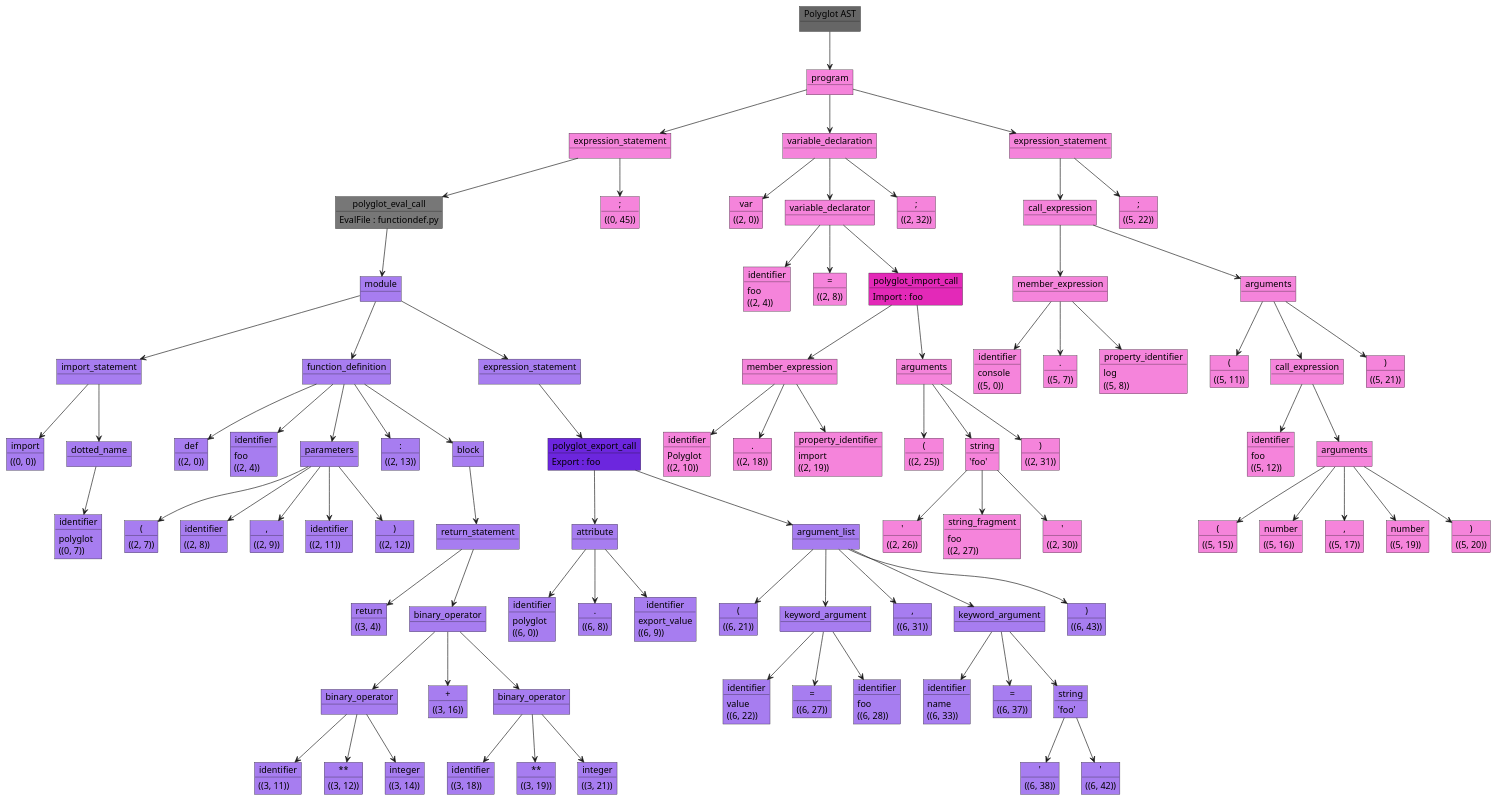
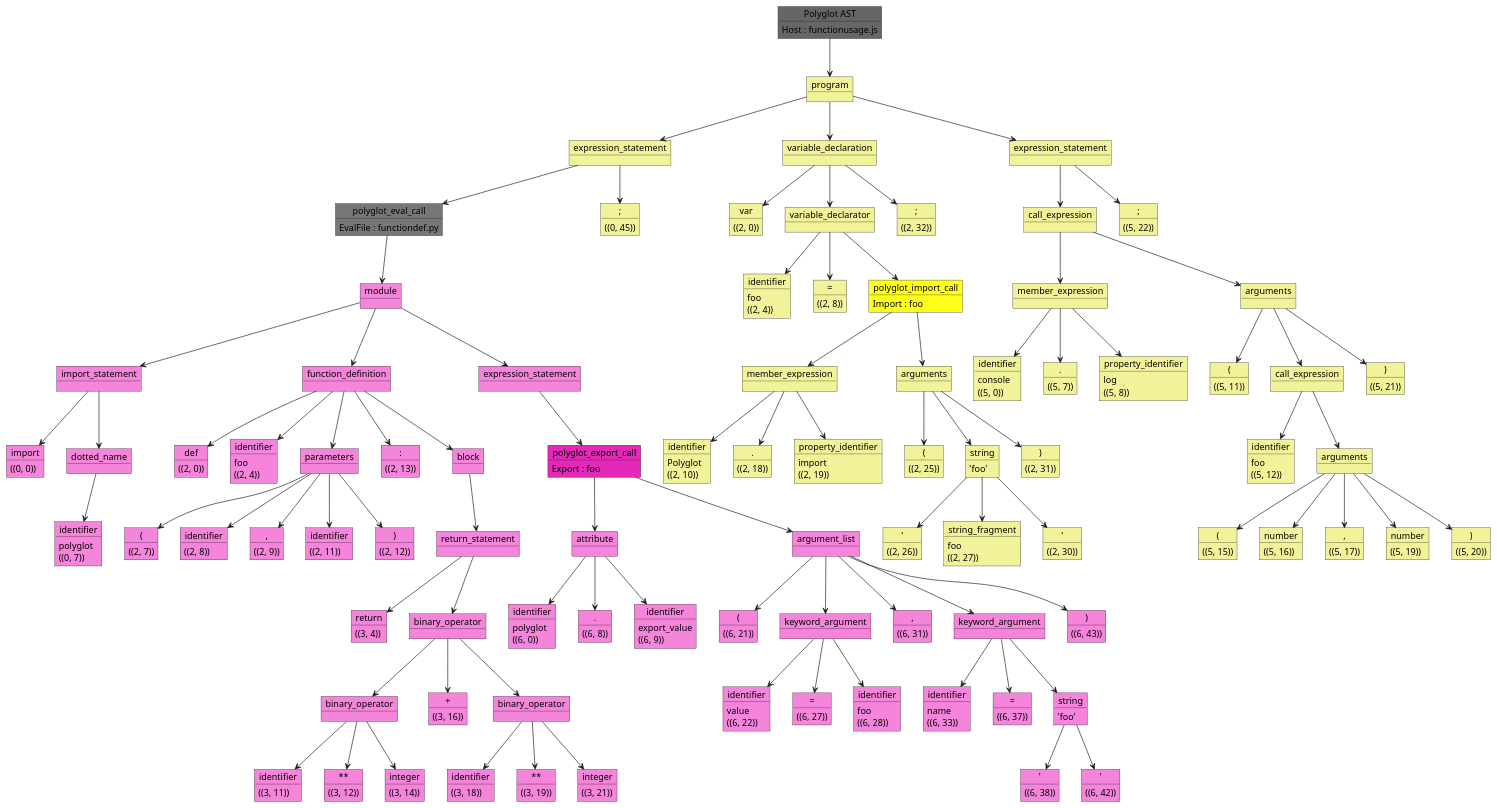
Before and after one commit to yami2200/PolyglotAST: the diagram in UMLrepresentations/functionusage.puml, drawn with PlantUML. The commit also changed 7 other files, not shown here.

```diff
--- a/UMLrepresentations/functionusage.puml
+++ b/UMLrepresentations/functionusage.puml
@@ -1,254 +1,255 @@
 @startuml
 object "Polyglot AST" as 0 #666
-object "program" as 1 #f584db
+0 : Host : functionusage.js
+object "program" as 1 #f1f299
 0 -down-> 1
-object "expression_statement" as 2 #f584db
+object "expression_statement" as 2 #f1f299
 1 -down-> 2
 object "polyglot_eval_call" as 3 #777
 3 : EvalFile : functiondef.py
 2 -down-> 3
-object "module" as 4 #a77df0
+object "module" as 4 #f584db
 3 -down-> 4
-object "import_statement" as 5 #a77df0
+object "import_statement" as 5 #f584db
 4 -down-> 5
-object "import" as 6 #a77df0
+object "import" as 6 #f584db
 6 : ((0, 0))
 5 -down-> 6
-object "dotted_name" as 8 #a77df0
+object "dotted_name" as 8 #f584db
 5 -down-> 8
-object "identifier" as 9 #a77df0
+object "identifier" as 9 #f584db
 9 : polyglot
 9 : ((0, 7))
 8 -down-> 9
-object "function_definition" as 13 #a77df0
+object "function_definition" as 13 #f584db
 4 -down-> 13
-object "def" as 14 #a77df0
+object "def" as 14 #f584db
 14 : ((2, 0))
 13 -down-> 14
-object "identifier" as 16 #a77df0
+object "identifier" as 16 #f584db
 16 : foo
 16 : ((2, 4))
 13 -down-> 16
-object "parameters" as 18 #a77df0
+object "parameters" as 18 #f584db
 13 -down-> 18
-object "(" as 19 #a77df0
+object "(" as 19 #f584db
 19 : ((2, 7))
 18 -down-> 19
-object "identifier" as 21 #a77df0
+object "identifier" as 21 #f584db
 21 : ((2, 8))
 18 -down-> 21
-object "," as 23 #a77df0
+object "," as 23 #f584db
 23 : ((2, 9))
 18 -down-> 23
-object "identifier" as 25 #a77df0
+object "identifier" as 25 #f584db
 25 : ((2, 11))
 18 -down-> 25
-object ")" as 27 #a77df0
+object ")" as 27 #f584db
 27 : ((2, 12))
 18 -down-> 27
-object ":" as 30 #a77df0
+object ":" as 30 #f584db
 30 : ((2, 13))
 13 -down-> 30
-object "block" as 32 #a77df0
+object "block" as 32 #f584db
 13 -down-> 32
-object "return_statement" as 33 #a77df0
+object "return_statement" as 33 #f584db
 32 -down-> 33
-object "return" as 34 #a77df0
+object "return" as 34 #f584db
 34 : ((3, 4))
 33 -down-> 34
-object "binary_operator" as 36 #a77df0
+object "binary_operator" as 36 #f584db
 33 -down-> 36
-object "binary_operator" as 37 #a77df0
+object "binary_operator" as 37 #f584db
 36 -down-> 37
-object "identifier" as 38 #a77df0
+object "identifier" as 38 #f584db
 38 : ((3, 11))
 37 -down-> 38
-object "**" as 40 #a77df0
+object "**" as 40 #f584db
 40 : ((3, 12))
 37 -down-> 40
-object "integer" as 42 #a77df0
+object "integer" as 42 #f584db
 42 : ((3, 14))
 37 -down-> 42
-object "+" as 45 #a77df0
+object "+" as 45 #f584db
 45 : ((3, 16))
 36 -down-> 45
-object "binary_operator" as 47 #a77df0
+object "binary_operator" as 47 #f584db
 36 -down-> 47
-object "identifier" as 48 #a77df0
+object "identifier" as 48 #f584db
 48 : ((3, 18))
 47 -down-> 48
-object "**" as 50 #a77df0
+object "**" as 50 #f584db
 50 : ((3, 19))
 47 -down-> 50
-object "integer" as 52 #a77df0
+object "integer" as 52 #f584db
 52 : ((3, 21))
 47 -down-> 52
-object "expression_statement" as 59 #a77df0
+object "expression_statement" as 59 #f584db
 4 -down-> 59
-object "polyglot_export_call" as 60 #6c26de
+object "polyglot_export_call" as 60 #e329b8
 60 : Export : foo
 59 -down-> 60
-object "attribute" as 61 #a77df0
+object "attribute" as 61 #f584db
 60 -down-> 61
-object "identifier" as 62 #a77df0
+object "identifier" as 62 #f584db
 62 : polyglot
 62 : ((6, 0))
 61 -down-> 62
-object "." as 64 #a77df0
+object "." as 64 #f584db
 64 : ((6, 8))
 61 -down-> 64
-object "identifier" as 66 #a77df0
+object "identifier" as 66 #f584db
 66 : export_value
 66 : ((6, 9))
 61 -down-> 66
-object "argument_list" as 69 #a77df0
+object "argument_list" as 69 #f584db
 60 -down-> 69
-object "(" as 70 #a77df0
+object "(" as 70 #f584db
 70 : ((6, 21))
 69 -down-> 70
-object "keyword_argument" as 72 #a77df0
+object "keyword_argument" as 72 #f584db
 69 -down-> 72
-object "identifier" as 73 #a77df0
+object "identifier" as 73 #f584db
 73 : value
 73 : ((6, 22))
 72 -down-> 73
-object "=" as 75 #a77df0
+object "=" as 75 #f584db
 75 : ((6, 27))
 72 -down-> 75
-object "identifier" as 77 #a77df0
+object "identifier" as 77 #f584db
 77 : foo
 77 : ((6, 28))
 72 -down-> 77
-object "," as 80 #a77df0
+object "," as 80 #f584db
 80 : ((6, 31))
 69 -down-> 80
-object "keyword_argument" as 82 #a77df0
+object "keyword_argument" as 82 #f584db
 69 -down-> 82
-object "identifier" as 83 #a77df0
+object "identifier" as 83 #f584db
 83 : name
 83 : ((6, 33))
 82 -down-> 83
-object "=" as 85 #a77df0
+object "=" as 85 #f584db
 85 : ((6, 37))
 82 -down-> 85
-object "string" as 87 #a77df0
+object "string" as 87 #f584db
 87 : 'foo'
 82 -down-> 87
-object "'" as 88 #a77df0
+object "'" as 88 #f584db
 88 : ((6, 38))
 87 -down-> 88
-object "'" as 90 #a77df0
+object "'" as 90 #f584db
 90 : ((6, 42))
 87 -down-> 90
-object ")" as 94 #a77df0
+object ")" as 94 #f584db
 94 : ((6, 43))
 69 -down-> 94
-object ";" as 101 #f584db
+object ";" as 101 #f1f299
 101 : ((0, 45))
 2 -down-> 101
-object "variable_declaration" as 104 #f584db
+object "variable_declaration" as 104 #f1f299
 1 -down-> 104
-object "var" as 105 #f584db
+object "var" as 105 #f1f299
 105 : ((2, 0))
 104 -down-> 105
-object "variable_declarator" as 107 #f584db
+object "variable_declarator" as 107 #f1f299
 104 -down-> 107
-object "identifier" as 108 #f584db
+object "identifier" as 108 #f1f299
 108 : foo
 108 : ((2, 4))
 107 -down-> 108
-object "=" as 110 #f584db
+object "=" as 110 #f1f299
 110 : ((2, 8))
 107 -down-> 110
-object "polyglot_import_call" as 112 #e329b8
+object "polyglot_import_call" as 112 #ffff1c
 112 : Import : foo
 107 -down-> 112
-object "member_expression" as 113 #f584db
+object "member_expression" as 113 #f1f299
 112 -down-> 113
-object "identifier" as 114 #f584db
+object "identifier" as 114 #f1f299
 114 : Polyglot
 114 : ((2, 10))
 113 -down-> 114
-object "." as 116 #f584db
+object "." as 116 #f1f299
 116 : ((2, 18))
 113 -down-> 116
-object "property_identifier" as 118 #f584db
+object "property_identifier" as 118 #f1f299
 118 : import
 118 : ((2, 19))
 113 -down-> 118
-object "arguments" as 121 #f584db
+object "arguments" as 121 #f1f299
 112 -down-> 121
-object "(" as 122 #f584db
+object "(" as 122 #f1f299
 122 : ((2, 25))
 121 -down-> 122
-object "string" as 124 #f584db
+object "string" as 124 #f1f299
 124 : 'foo'
 121 -down-> 124
-object "'" as 125 #f584db
+object "'" as 125 #f1f299
 125 : ((2, 26))
 124 -down-> 125
-object "string_fragment" as 127 #f584db
+object "string_fragment" as 127 #f1f299
 127 : foo
 127 : ((2, 27))
 124 -down-> 127
-object "'" as 129 #f584db
+object "'" as 129 #f1f299
 129 : ((2, 30))
 124 -down-> 129
-object ")" as 132 #f584db
+object ")" as 132 #f1f299
 132 : ((2, 31))
 121 -down-> 132
-object ";" as 137 #f584db
+object ";" as 137 #f1f299
 137 : ((2, 32))
 104 -down-> 137
-object "expression_statement" as 140 #f584db
+object "expression_statement" as 140 #f1f299
 1 -down-> 140
-object "call_expression" as 141 #f584db
+object "call_expression" as 141 #f1f299
 140 -down-> 141
-object "member_expression" as 142 #f584db
+object "member_expression" as 142 #f1f299
 141 -down-> 142
-object "identifier" as 143 #f584db
+object "identifier" as 143 #f1f299
 143 : console
 143 : ((5, 0))
 142 -down-> 143
-object "." as 145 #f584db
+object "." as 145 #f1f299
 145 : ((5, 7))
 142 -down-> 145
-object "property_identifier" as 147 #f584db
+object "property_identifier" as 147 #f1f299
 147 : log
 147 : ((5, 8))
 142 -down-> 147
-object "arguments" as 150 #f584db
+object "arguments" as 150 #f1f299
 141 -down-> 150
-object "(" as 151 #f584db
+object "(" as 151 #f1f299
 151 : ((5, 11))
 150 -down-> 151
-object "call_expression" as 153 #f584db
+object "call_expression" as 153 #f1f299
 150 -down-> 153
-object "identifier" as 154 #f584db
+object "identifier" as 154 #f1f299
 154 : foo
 154 : ((5, 12))
 153 -down-> 154
-object "arguments" as 156 #f584db
+object "arguments" as 156 #f1f299
 153 -down-> 156
-object "(" as 157 #f584db
+object "(" as 157 #f1f299
 157 : ((5, 15))
 156 -down-> 157
-object "number" as 159 #f584db
+object "number" as 159 #f1f299
 159 : ((5, 16))
 156 -down-> 159
-object "," as 161 #f584db
+object "," as 161 #f1f299
 161 : ((5, 17))
 156 -down-> 161
-object "number" as 163 #f584db
+object "number" as 163 #f1f299
 163 : ((5, 19))
 156 -down-> 163
-object ")" as 165 #f584db
+object ")" as 165 #f1f299
 165 : ((5, 20))
 156 -down-> 165
-object ")" as 169 #f584db
+object ")" as 169 #f1f299
 169 : ((5, 21))
 150 -down-> 169
-object ";" as 173 #f584db
+object ";" as 173 #f1f299
 173 : ((5, 22))
 140 -down-> 173
 @enduml
```
